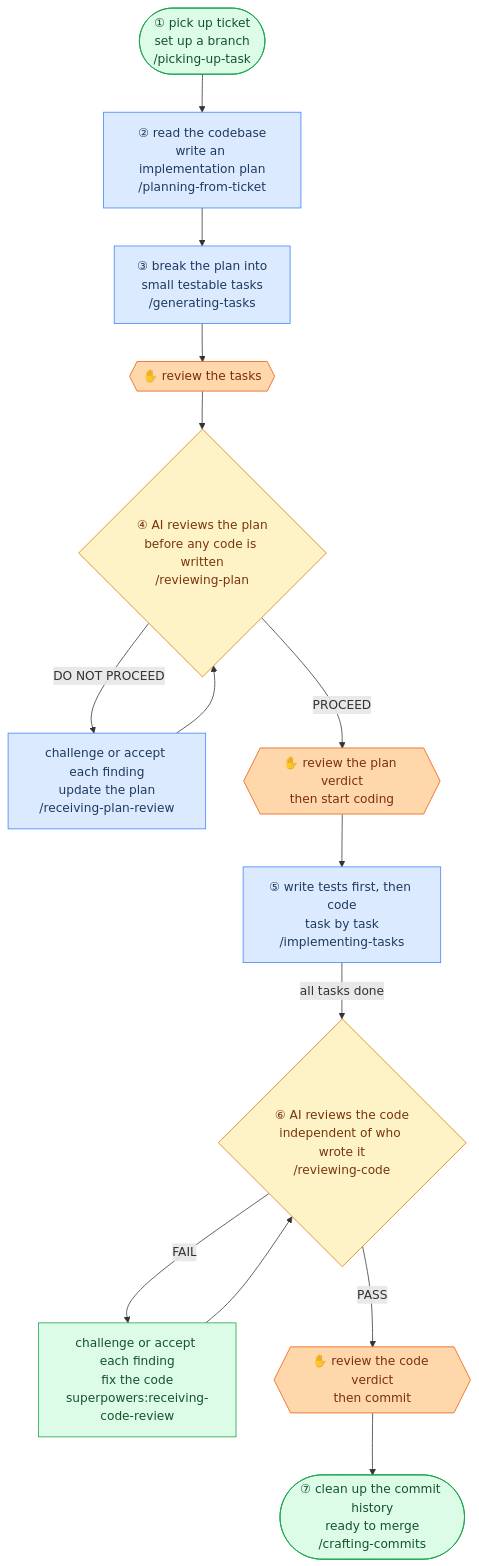
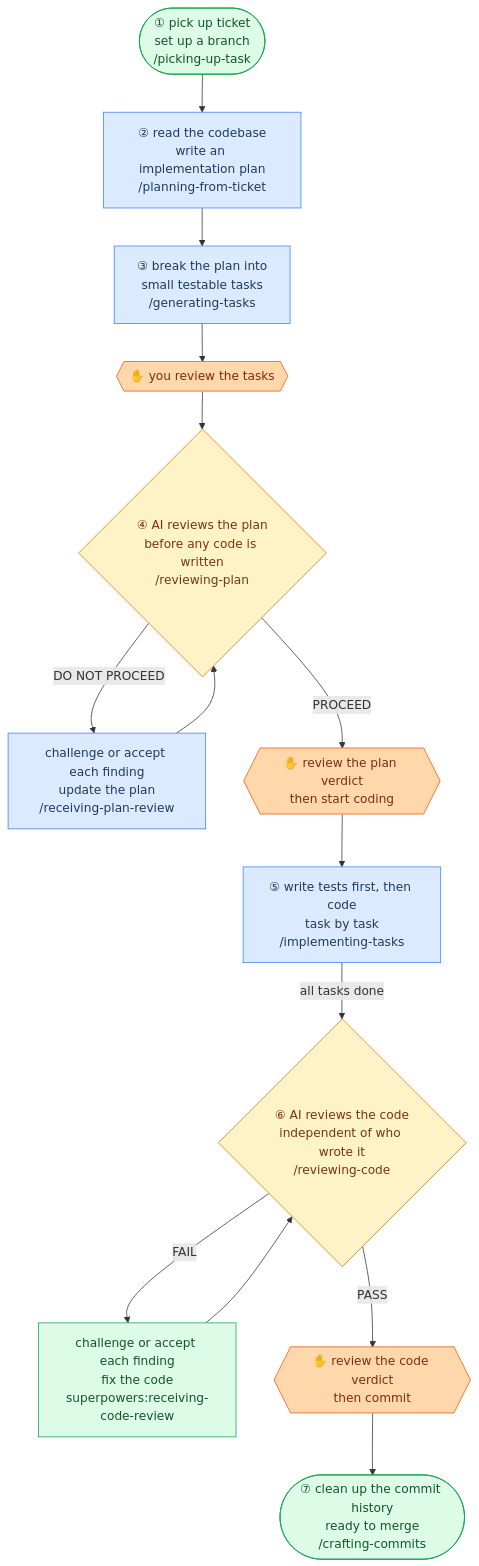
One commit to mhihasan/agentic-sdlc changed the diagram in docs/superpowers/specs/2026-06-17-readme-update-design.md. Above: the diagram before and after it, drawn with Mermaid.

Commit message:
docs(spec): clarify HG1 gate label — 'you review the tasks'

````diff
--- a/docs/superpowers/specs/2026-06-17-readme-update-design.md
+++ b/docs/superpowers/specs/2026-06-17-readme-update-design.md
@@ -85,32 +85,32 @@
 ```mermaid
 flowchart TD
     classDef pipe fill:#dbeafe,stroke:#3b82f6,color:#1e3a5f
     classDef judge fill:#fef3c7,stroke:#d97706,color:#78350f
     classDef sp fill:#dcfce7,stroke:#16a34a,color:#14532d
     classDef gate fill:#fed7aa,stroke:#ea580c,color:#7c2d12
 
     ST(["① pick up ticket\nset up a branch\n/picking-up-task"]):::sp
     PFT["② read the codebase\nwrite an implementation plan\n/planning-from-ticket"]:::pipe
     GT["③ break the plan into\nsmall testable tasks\n/generating-tasks"]:::pipe
-    HG1{{"✋ review the tasks"}}:::gate
+    HG1{{"✋ you review the tasks"}}:::gate
     RP{"④ AI reviews the plan\nbefore any code is written\n/reviewing-plan"}:::judge
     RPR["challenge or accept each finding\nupdate the plan\n/receiving-plan-review"]:::pipe
     HG2{{"✋ review the plan verdict\nthen start coding"}}:::gate
     IT["⑤ write tests first, then code\ntask by task\n/implementing-tasks"]:::pipe
     RC{"⑥ AI reviews the code\nindependent of who wrote it\n/reviewing-code"}:::judge
     RCR["challenge or accept each finding\nfix the code\nsuperpowers:receiving-code-review"]:::sp
     HG3{{"✋ review the code verdict\nthen commit"}}:::gate
     CC(["⑦ clean up the commit history\nready to merge\n/crafting-commits"]):::sp
 
     ST --> PFT --> GT --> HG1 --> RP
     RP -->|PROCEED| HG2
     RP -->|DO NOT PROCEED| RPR
     RPR --> RP
     HG2 --> IT
     IT -->|all tasks done| RC
     RC -->|PASS| HG3
     RC -->|FAIL| RCR
     RCR --> RC
     HG3 --> CC
 
 ```
````
